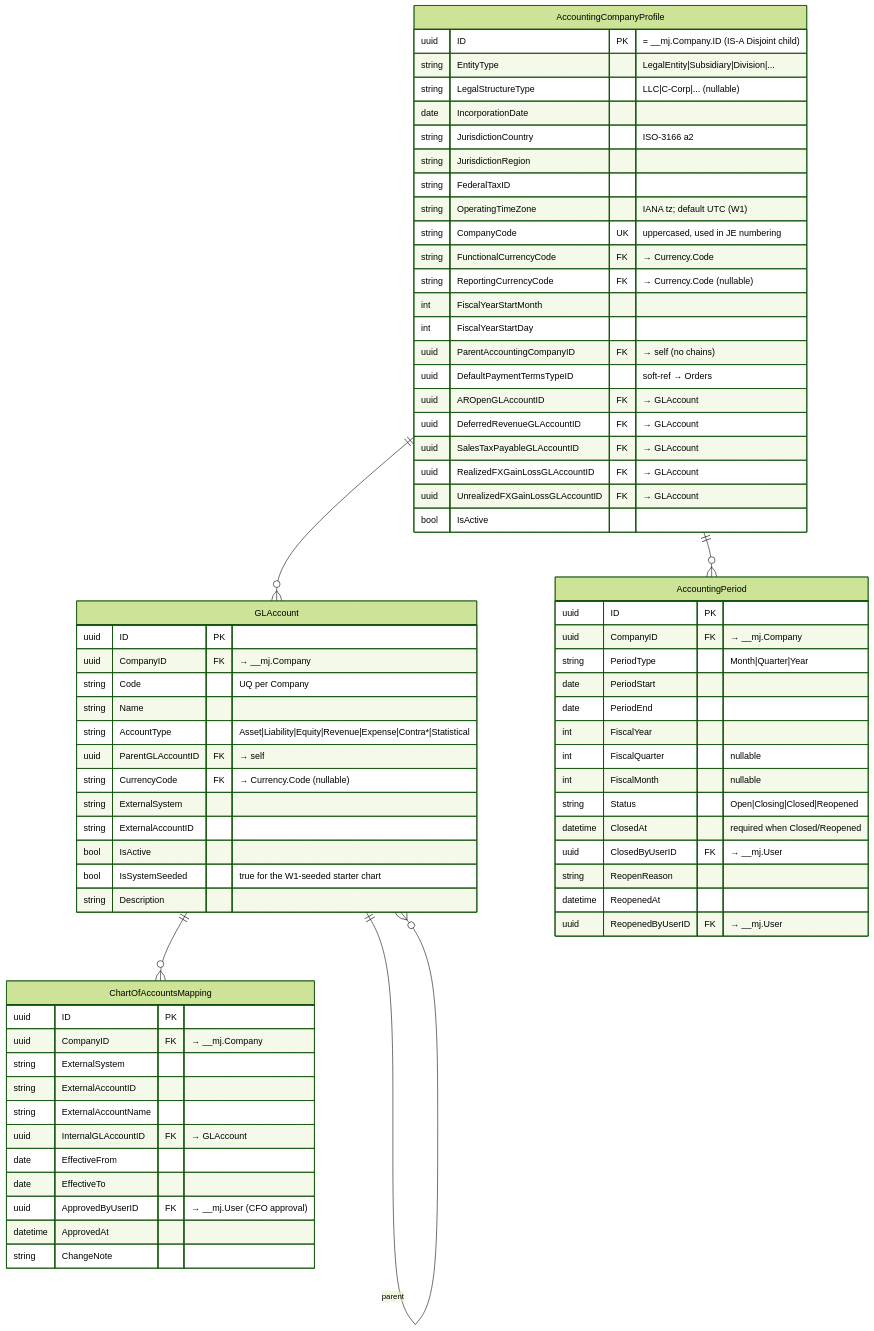
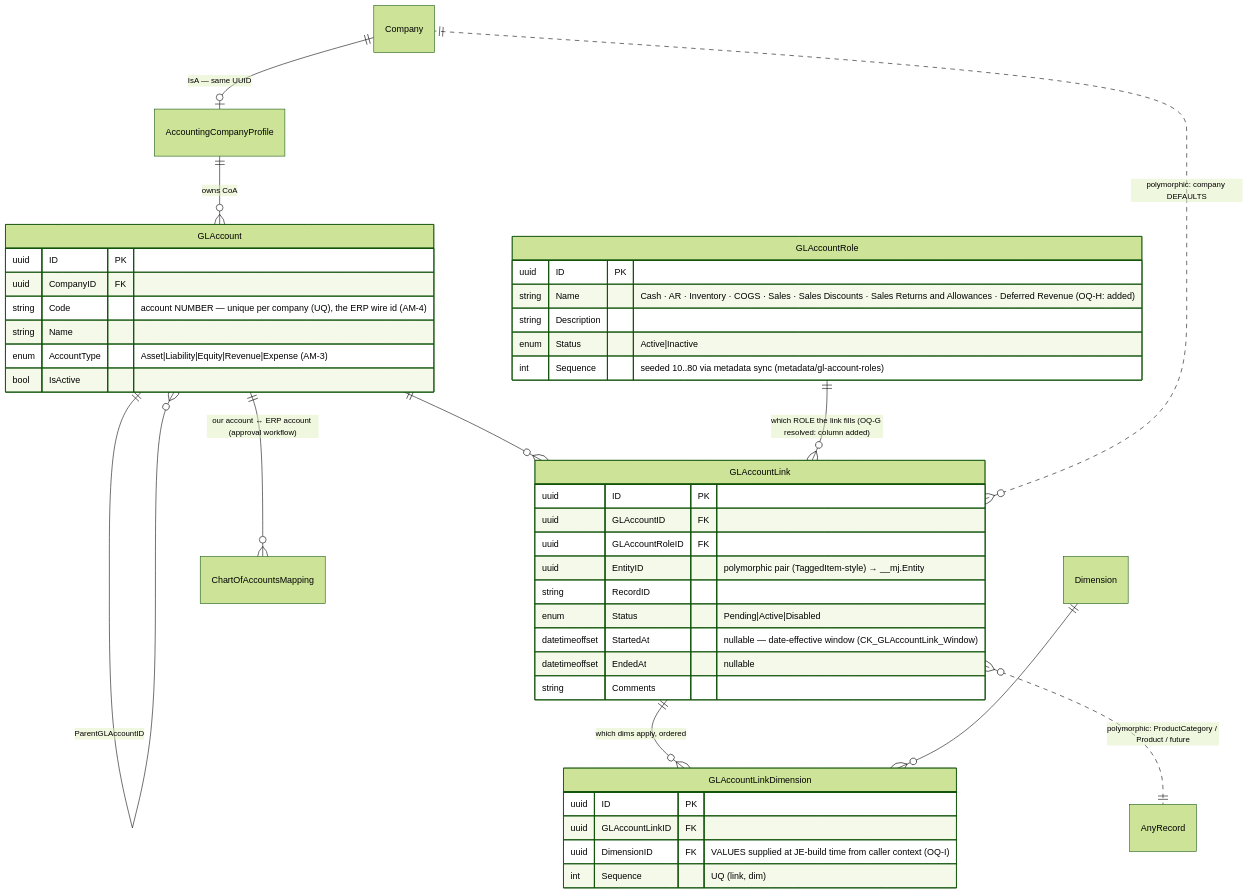
One commit to MemberJunction/bizapps-accounting changed the first of 3 diagrams in docs/bizapps-accounting-erd.md. Above: the diagram before and after it, drawn with Mermaid (forest theme). The commit also changed other lines of this file and 106 other files, not shown here.

````diff
--- a/docs/bizapps-accounting-erd.md
+++ b/docs/bizapps-accounting-erd.md
@@ -94,73 +21,38 @@
 ```mermaid
 erDiagram
-    AccountingCompanyProfile {
-        uuid ID PK "= __mj.Company.ID (IS-A Disjoint child)"
-        string EntityType "LegalEntity|Subsidiary|Division|..."
-        string LegalStructureType "LLC|C-Corp|... (nullable)"
-        date IncorporationDate
-        string JurisdictionCountry "ISO-3166 a2"
-        string JurisdictionRegion
-        string FederalTaxID
-        string OperatingTimeZone "IANA tz; default UTC (W1)"
-        string CompanyCode UK "uppercased, used in JE numbering"
-        string FunctionalCurrencyCode FK "→ Currency.Code"
-        string ReportingCurrencyCode FK "→ Currency.Code (nullable)"
-        int FiscalYearStartMonth
-        int FiscalYearStartDay
-        uuid ParentAccountingCompanyID FK "→ self (no chains)"
-        uuid DefaultPaymentTermsTypeID "soft-ref → Orders"
-        uuid AROpenGLAccountID FK "→ GLAccount"
-        uuid DeferredRevenueGLAccountID FK "→ GLAccount"
-        uuid SalesTaxPayableGLAccountID FK "→ GLAccount"
-        uuid RealizedFXGainLossGLAccountID FK "→ GLAccount"
-        uuid UnrealizedFXGainLossGLAccountID FK "→ GLAccount"
-        bool IsActive
-    }
-    GLAccount {
-        uuid ID PK
-        uuid CompanyID FK "→ __mj.Company"
-        string Code "UQ per Company"
-        string Name
-        string AccountType "Asset|Liability|Equity|Revenue|Expense|Contra*|Statistical"
-        uuid ParentGLAccountID FK "→ self"
-        string CurrencyCode FK "→ Currency.Code (nullable)"
-        string ExternalSystem
-        string ExternalAccountID
-        bool IsActive
-        bool IsSystemSeeded "true for the W1-seeded starter chart"
-        string Description
-    }
-    AccountingPeriod {
-        uuid ID PK
-        uuid CompanyID FK "→ __mj.Company"
-        string PeriodType "Month|Quarter|Year"
-        date PeriodStart
-        date PeriodEnd
-        int FiscalYear
-        int FiscalQuarter "nullable"
-        int FiscalMonth "nullable"
-        string Status "Open|Closing|Closed|Reopened"
-        datetime ClosedAt "required when Closed/Reopened"
-        uuid ClosedByUserID FK "→ __mj.User"
-        string ReopenReason
-        datetime ReopenedAt
-        uuid ReopenedByUserID FK "→ __mj.User"
-    }
-    ChartOfAccountsMapping {
-        uuid ID PK
-        uuid CompanyID FK "→ __mj.Company"
-        string ExternalSystem
-        string ExternalAccountID
-        string ExternalAccountName
-        uuid InternalGLAccountID FK "→ GLAccount"
-        date EffectiveFrom
-        date EffectiveTo
-        uuid ApprovedByUserID FK "→ __mj.User (CFO approval)"
-        datetime ApprovedAt
-        string ChangeNote
-    }
-    AccountingCompanyProfile ||--o{ GLAccount : ""
-    AccountingCompanyProfile ||--o{ AccountingPeriod : ""
-    GLAccount ||--o{ GLAccount : "parent"
-    GLAccount ||--o{ ChartOfAccountsMapping : ""
+    Company ||--o| AccountingCompanyProfile : "IsA — same UUID"
+    AccountingCompanyProfile ||--o{ GLAccount : "owns CoA"
+    GLAccount ||--o{ GLAccount : "ParentGLAccountID"
+    GLAccount ||--o{ GLAccountLink : ""
+    GLAccountRole ||--o{ GLAccountLink : "which ROLE the link fills (OQ-G resolved: column added)"
+    GLAccountLink ||--o{ GLAccountLinkDimension : "which dims apply, ordered"
+    Dimension ||--o{ GLAccountLinkDimension : ""
+    GLAccountLink }o..|| Company : "polymorphic: company DEFAULTS"
+    GLAccountLink }o..|| AnyRecord : "polymorphic: ProductCategory / Product / future"
+    GLAccount ||--o{ ChartOfAccountsMapping : "our account ↔ ERP account (approval workflow)"
+
+    GLAccount { uuid ID PK
+                uuid CompanyID FK
+                string Code "account NUMBER — unique per company (UQ), the ERP wire id (AM-4)"
+                string Name
+                enum AccountType "Asset|Liability|Equity|Revenue|Expense (AM-3)"
+                bool IsActive }
+    GLAccountRole { uuid ID PK
+                    string Name "Cash · AR · Inventory · COGS · Sales · Sales Discounts · Sales Returns and Allowances · Deferred Revenue (OQ-H: added)"
+                    string Description
+                    enum Status "Active|Inactive"
+                    int Sequence "seeded 10..80 via metadata sync (metadata/gl-account-roles)" }
+    GLAccountLink { uuid ID PK
+                    uuid GLAccountID FK
+                    uuid GLAccountRoleID FK
+                    uuid EntityID "polymorphic pair (TaggedItem-style) → __mj.Entity"
+                    string RecordID ""
+                    enum Status "Pending|Active|Disabled"
+                    datetimeoffset StartedAt "nullable — date-effective window (CK_GLAccountLink_Window)"
+                    datetimeoffset EndedAt "nullable"
+                    string Comments }
+    GLAccountLinkDimension { uuid ID PK
+                             uuid GLAccountLinkID FK
+                             uuid DimensionID FK "VALUES supplied at JE-build time from caller context (OQ-I)"
+                             int Sequence "UQ (link, dim)" }
 ```
````
